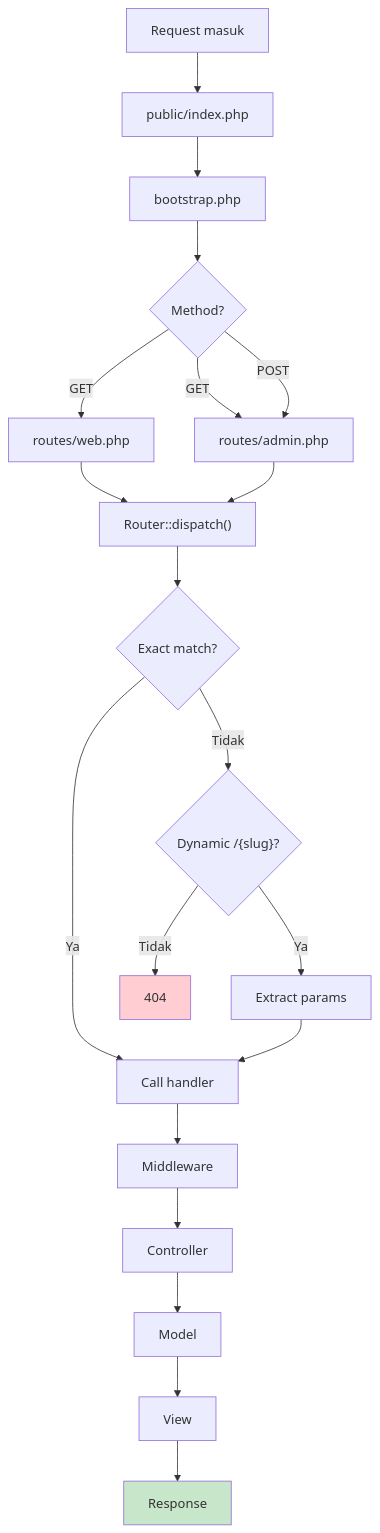
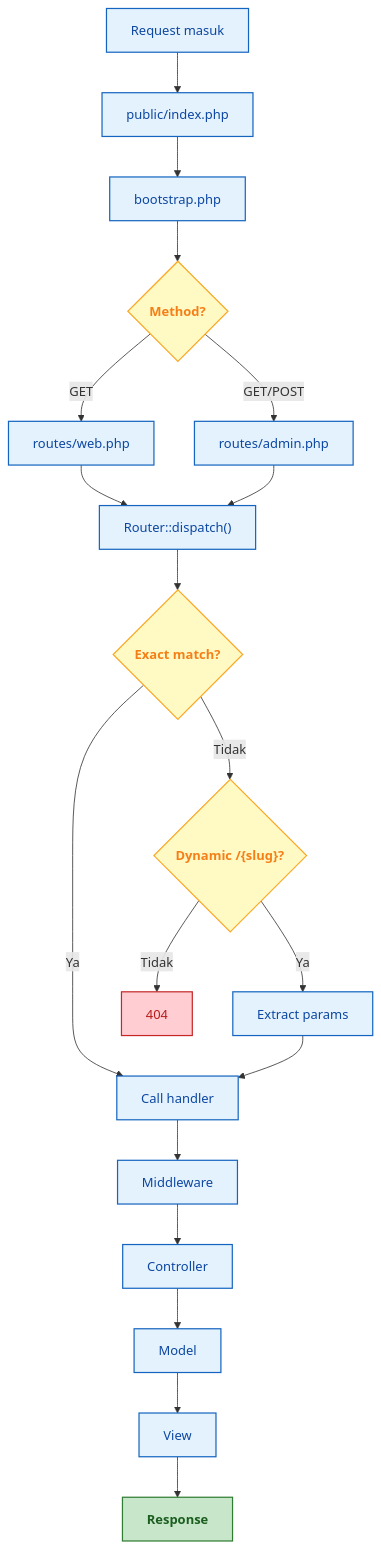
One commit to sekarpratama/project1 changed diagram 13 of 19 in README.md. Above: the diagram before and after it, drawn with Mermaid. The commit also changed other lines of this file, not shown here.

````diff
--- a/README.md
+++ b/README.md
@@ -905,25 +816,37 @@
 ```mermaid
 flowchart TD
-    A["Request masuk"] --> B["public/index.php"]
-    B --> C["bootstrap.php"]
-    C --> D{"Method?"}
-    D -->|GET| E["routes/web.php"]
-    D -->|GET| F["routes/admin.php"]
-    D -->|POST| F
-    E --> G["Router::dispatch()"]
+    A["Request masuk"]:::step
+    B["public/index.php"]:::step
+    C["bootstrap.php"]:::step
+    D{"Method?"}:::check
+    E["routes/web.php"]:::step
+    F["routes/admin.php"]:::step
+    G["Router::dispatch()"]:::step
+    H{"Exact match?"}:::check
+    I["Call handler"]:::step
+    J{"Dynamic /{slug}?"}:::check
+    K["Extract params"]:::step
+    L["404"]:::fail
+    M["Middleware"]:::step
+    N["Controller"]:::step
+    O["Model"]:::step
+    P["View"]:::step
+    Q["Response"]:::success
+
+    A --> B --> C --> D
+    D -->|GET| E
+    D -->|GET/POST| F
+    E --> G
     F --> G
-    G --> H{"Exact match?"}
-    H -->|Ya| I["Call handler"]
-    H -->|Tidak| J{"Dynamic /{slug}?"}
-    J -->|Ya| K["Extract params"]
-    J -->|Tidak| L["404"]
-    K --> I
-    I --> M["Middleware"]
-    M --> N["Controller"]
-    N --> O["Model"]
-    O --> P["View"]
-    P --> Q["Response"]
+    G --> H
+    H -->|Ya| I
+    H -->|Tidak| J
+    J -->|Ya| K --> I
+    J -->|Tidak| L
+    I --> M --> N --> O --> P --> Q
 
-    style L fill:#ffcdd2
-    style Q fill:#c8e6c9
+    classDef step fill:#e3f2fd,stroke:#1565c0,stroke-width:1.5px,color:#0d47a1
+    classDef check fill:#fff9c4,stroke:#f9a825,stroke-width:1.5px,color:#f57f17,font-weight:bold
+    classDef fail fill:#ffcdd2,stroke:#c62828,stroke-width:1.5px,color:#b71c1c
+    classDef success fill:#c8e6c9,stroke:#2e7d32,stroke-width:1.5px,color:#1b5e20,font-weight:bold
 ```
````
